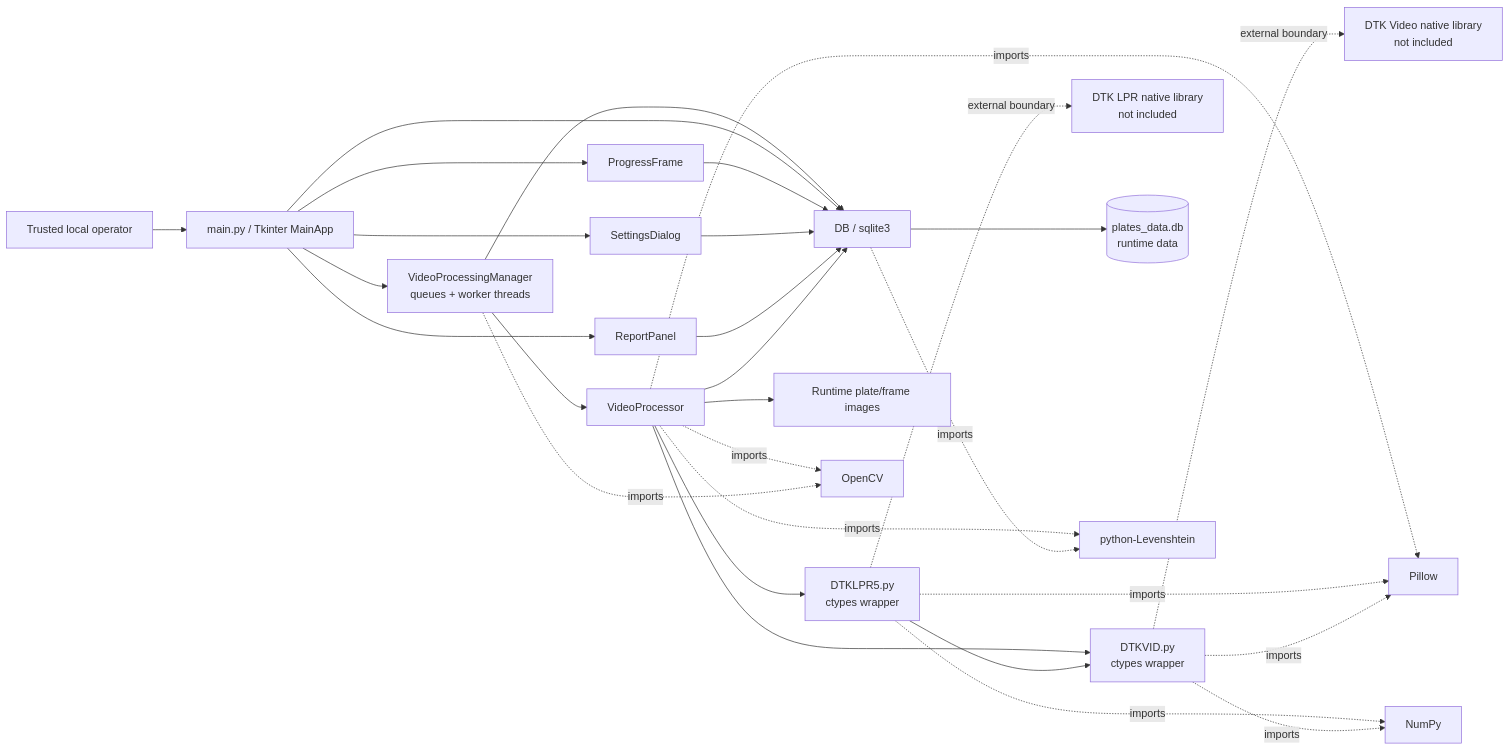
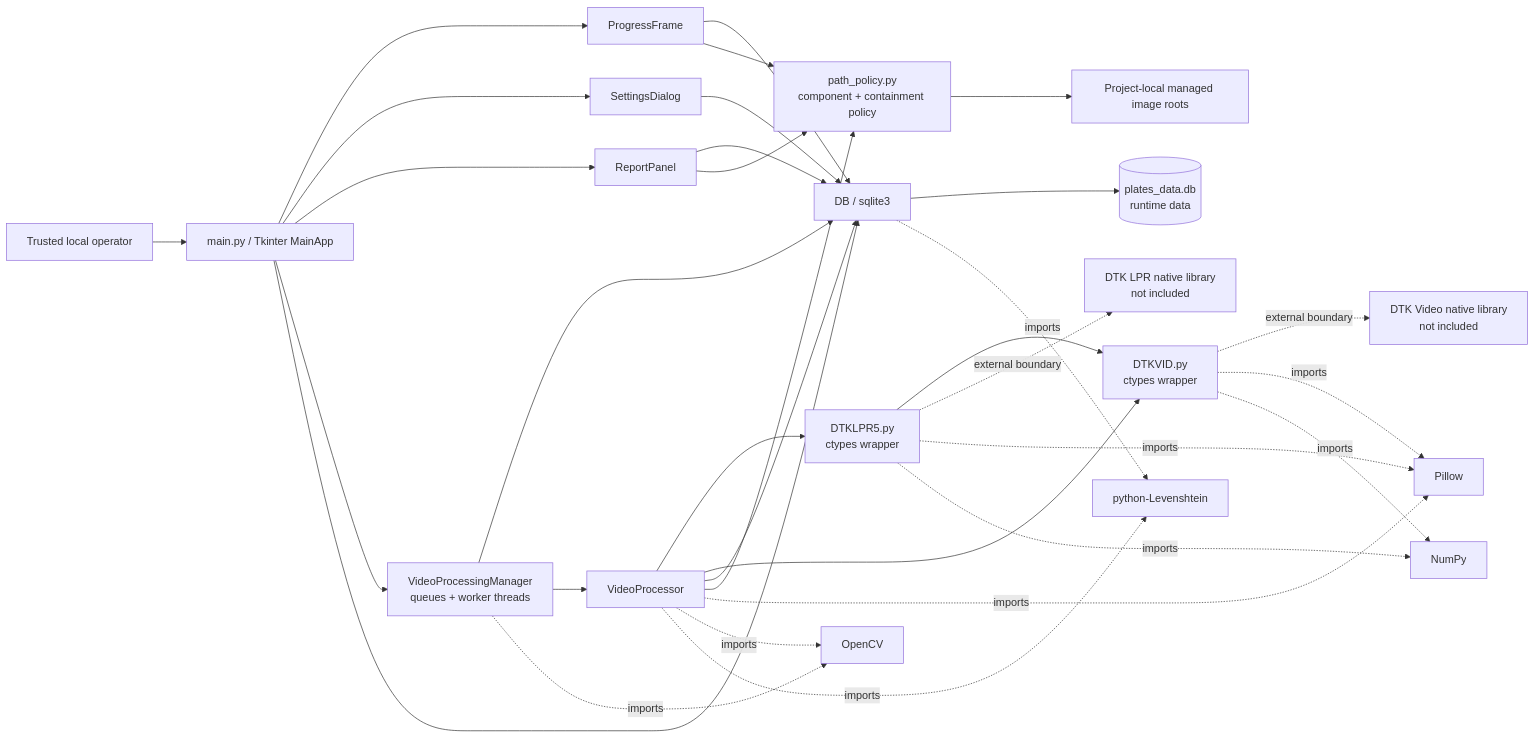
The diagram in README.md (omar07ibrahim/CorporateHub), drawn with Mermaid before and after one commit. The commit also changed other lines of this file and 7 other files, not shown here.

````diff
--- a/README.md
+++ b/README.md
@@ -28,34 +28,37 @@
 ```mermaid
 flowchart LR
     Operator["Trusted local operator"] --> GUI["main.py / Tkinter MainApp"]
     GUI --> Progress["ProgressFrame"]
     GUI --> Settings["SettingsDialog"]
     GUI --> Reports["ReportPanel"]
     GUI --> Manager["VideoProcessingManager<br/>queues + worker threads"]
     Manager --> DB
 
     Manager --> Processor["VideoProcessor"]
     Processor --> LPRWrapper["DTKLPR5.py<br/>ctypes wrapper"]
     Processor --> VIDWrapper["DTKVID.py<br/>ctypes wrapper"]
     LPRWrapper --> VIDWrapper
     LPRWrapper -. "external boundary" .-> NativeLPR["DTK LPR native library<br/>not included"]
     VIDWrapper -. "external boundary" .-> NativeVideo["DTK Video native library<br/>not included"]
 
     GUI --> DB["DB / sqlite3"]
     Progress --> DB
     Settings --> DB
     Reports --> DB
     Processor --> DB
     DB --> SQLite[("plates_data.db<br/>runtime data")]
-    Processor --> Images["Runtime plate/frame images"]
+    Processor --> PathPolicy["path_policy.py<br/>component + containment policy"]
+    Progress --> PathPolicy
+    Reports --> PathPolicy
+    PathPolicy --> Images["Project-local managed image roots"]
 
     Processor -. imports .-> Pillow["Pillow"]
     Processor -. imports .-> OpenCV["OpenCV"]
     Processor -. imports .-> Levenshtein["python-Levenshtein"]
     Manager -. imports .-> OpenCV
     DB -. imports .-> Levenshtein
     LPRWrapper -. imports .-> Pillow
     LPRWrapper -. imports .-> NumPy["NumPy"]
     VIDWrapper -. imports .-> Pillow
     VIDWrapper -. imports .-> NumPy
 ```
````
